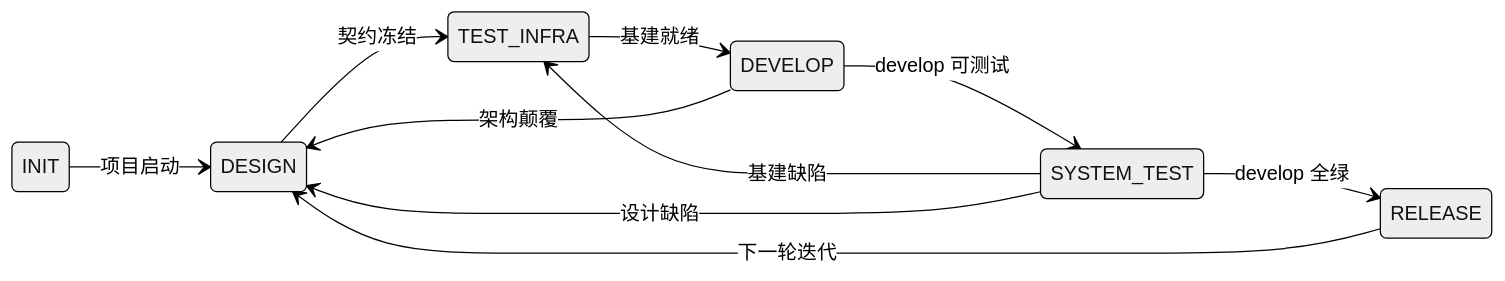
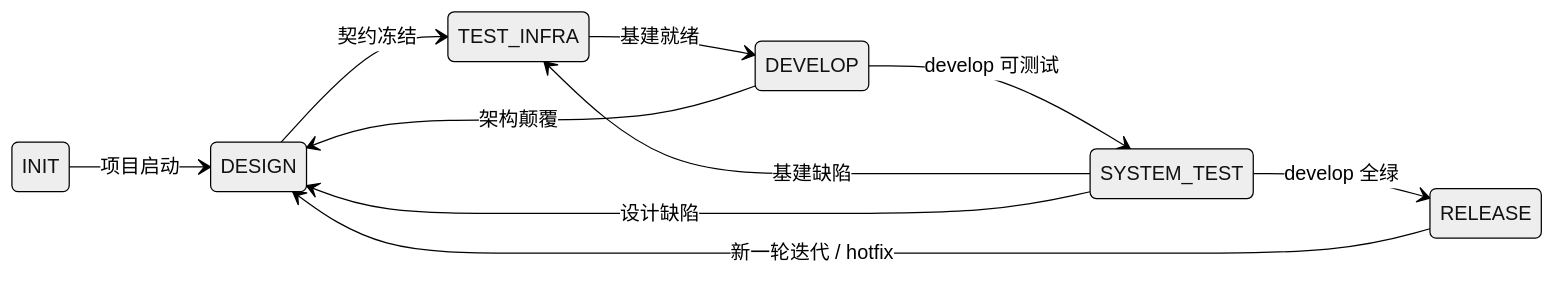
Before and after one commit to vlln/devloop: the diagram in README.md, drawn with Mermaid (neutral theme). The commit also changed other lines of this file and 1 other file, not shown here.

Commit message:
docs(readme): 双语 README 同步 — 新特性条目、mermaid 标签、backlog 链接

````diff
--- a/README.md
+++ b/README.md
@@ -14,13 +14,13 @@
 ```mermaid
 stateDiagram-v2
     direction LR
     INIT --> DESIGN : 项目启动
     DESIGN --> TEST_INFRA : 契约冻结
     TEST_INFRA --> DEVELOP : 基建就绪
     DEVELOP --> SYSTEM_TEST : develop 可测试
     SYSTEM_TEST --> RELEASE : develop 全绿
-    RELEASE --> DESIGN : 下一轮迭代
+    RELEASE --> DESIGN : 新一轮迭代 / hotfix
     DEVELOP --> DESIGN : 架构颠覆
     SYSTEM_TEST --> TEST_INFRA : 基建缺陷
     SYSTEM_TEST --> DESIGN : 设计缺陷
 ```
````
